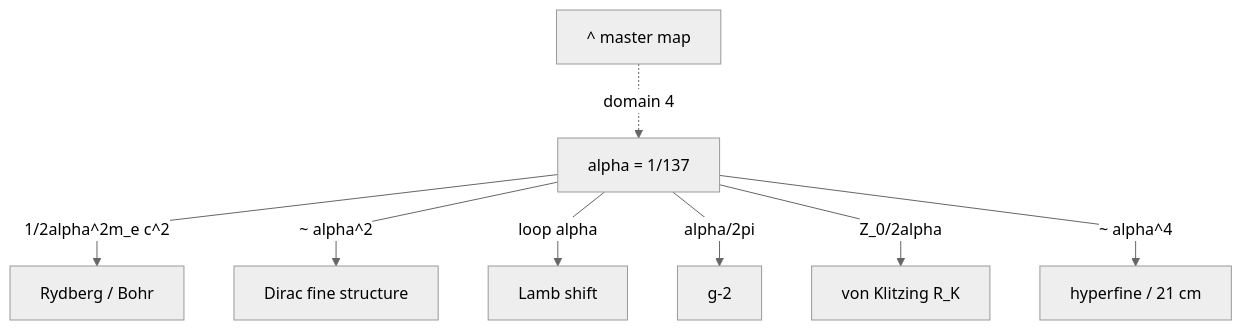
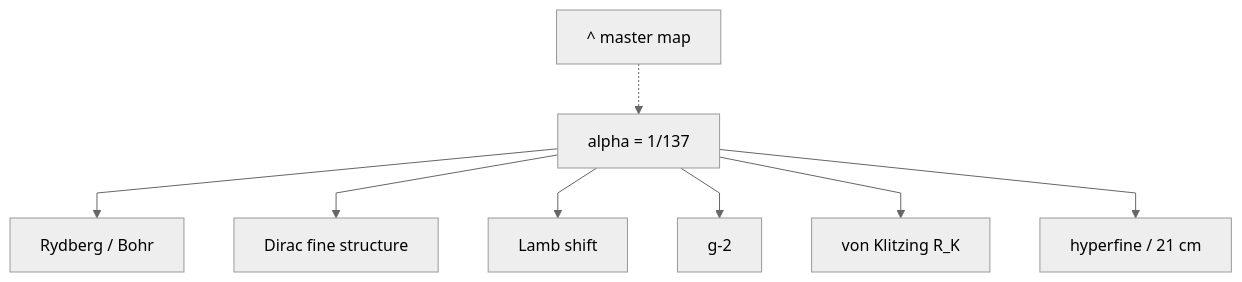
The fifth of 11 diagrams in FlowChart.md (jimscarver/quantum-logical-framework), drawn with Mermaid before and after one commit. The commit also changed other lines of this file, not shown here.

First line of the commit message:
FlowChart.md: remove edge labels, move connectors to text legends (definitive GitHub render fix)

````diff
--- a/FlowChart.md
+++ b/FlowChart.md
@@ -107,11 +115,11 @@
 ```mermaid
 %%{init: {"theme":"neutral", "flowchart": {"curve": "linear"}}}%%
 flowchart TD
-  H4["^ master map"] -.->|"domain 4"| AL["alpha = 1/137"]
-  AL -->|"1/2alpha^2m_e c^2"| RY["Rydberg / Bohr"]
-  AL -->|"~ alpha^2"| DI["Dirac fine structure"]
-  AL -->|"loop alpha"| LA["Lamb shift"]
-  AL -->|"alpha/2pi"| GM["g-2"]
-  AL -->|"Z_0/2alpha"| VK["von Klitzing R_K"]
-  AL -->|"~ alpha^4"| HF["hyperfine / 21 cm"]
+  H4["^ master map"] -.-> AL["alpha = 1/137"]
+  AL --> RY["Rydberg / Bohr"]
+  AL --> DI["Dirac fine structure"]
+  AL --> LA["Lamb shift"]
+  AL --> GM["g-2"]
+  AL --> VK["von Klitzing R_K"]
+  AL --> HF["hyperfine / 21 cm"]
 ```
````
